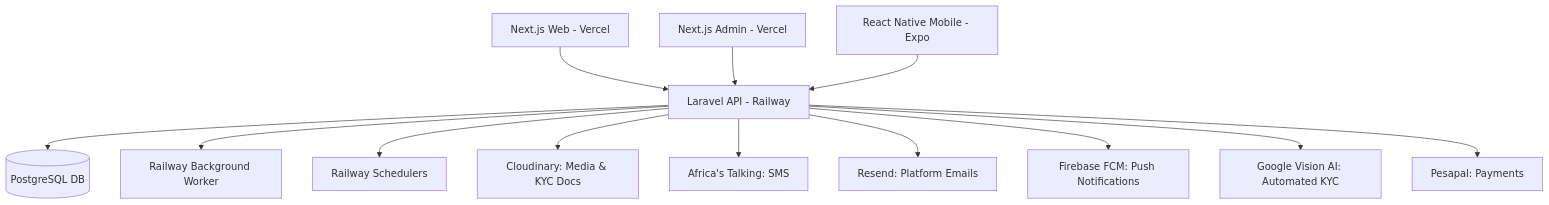
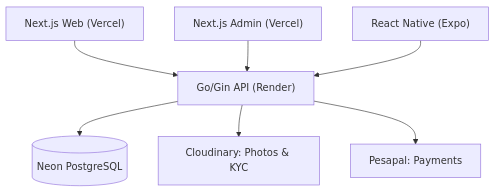
The diagram in README.md (Profy256/findmyhome), drawn with Mermaid before and after one commit. The commit also changed other lines of this file and 146 other files, not shown here.

````diff
--- a/README.md
+++ b/README.md
@@ -23,15 +22,9 @@
 ```mermaid
 graph TD;
-    Web[Next.js Web - Vercel] --> API[Laravel API - Railway];
-    Admin[Next.js Admin - Vercel] --> API;
-    Mobile[React Native Mobile - Expo] --> API;
-    API --> DB[(PostgreSQL DB)];
-    API --> Worker[Railway Background Worker];
-    API --> Scheduler[Railway Schedulers];
-    API --> Cloudinary[Cloudinary: Media & KYC Docs];
-    API --> AT[Africa's Talking: SMS];
-    API --> Resend[Resend: Platform Emails];
-    API --> Firebase[Firebase FCM: Push Notifications];
-    API --> Vision[Google Vision AI: Automated KYC];
-    API --> Pesapal[Pesapal: Payments];
+    Web["Next.js Web (Vercel)"]    --> API["Go/Gin API (Render)"];
+    Admin["Next.js Admin (Vercel)"] --> API;
+    Mobile["React Native (Expo)"]   --> API;
+    API --> DB[("Neon PostgreSQL")];
+    API --> Cloudinary["Cloudinary: Photos & KYC"];
+    API --> Pesapal["Pesapal: Payments"];
 ```
````
